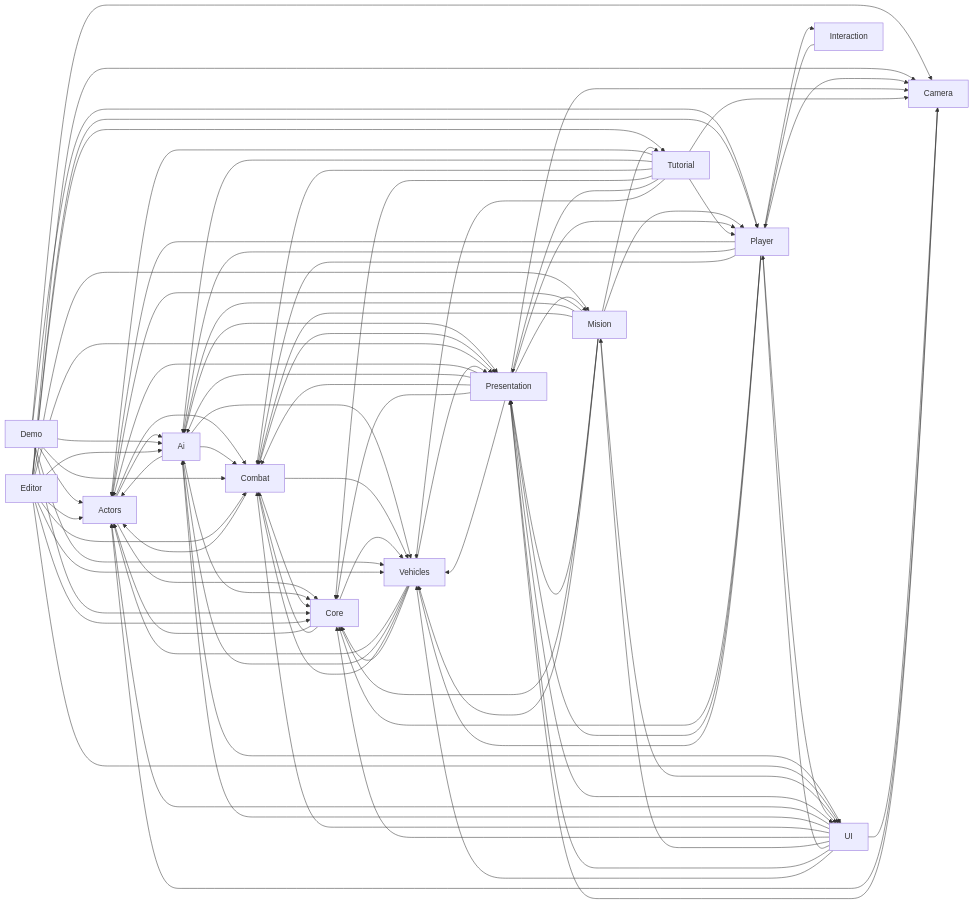
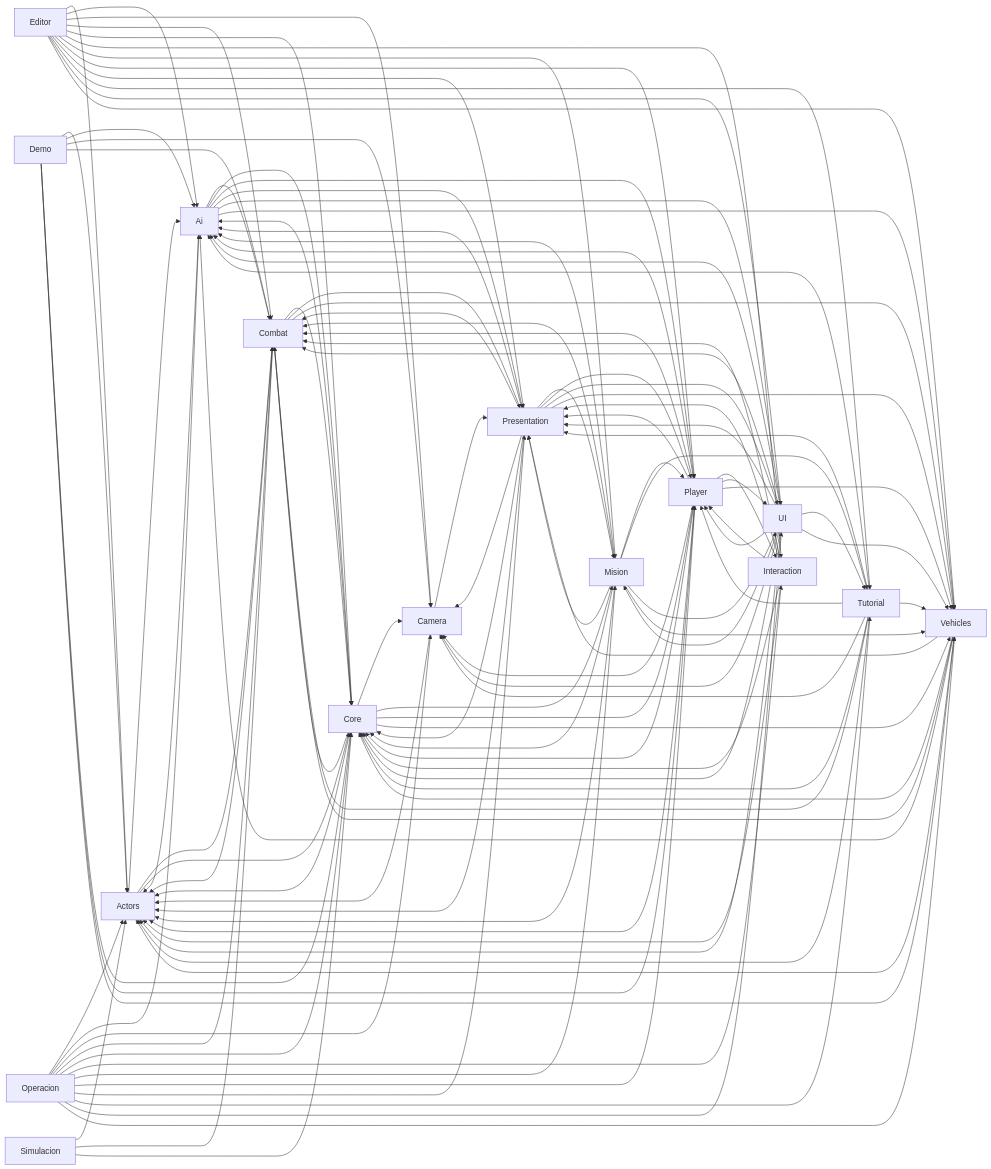
One commit to Joaquin-Inofuentes/StrategicPoint changed the diagram in Docs/INDICE_IA/03_dependencias.md. Above: the diagram before and after it, drawn with Mermaid. The commit also changed other lines of this file and 777 other files, not shown here.

```diff
--- a/Docs/INDICE_IA/03_dependencias.md
+++ b/Docs/INDICE_IA/03_dependencias.md
@@ -11,6 +11,7 @@
     Ai --> Actors
     Ai --> Combat
     Ai --> Core
+    Ai --> Player
     Ai --> Presentation
     Ai --> UI
     Ai --> Vehicles
@@ -21,7 +22,11 @@
     Combat --> Presentation
     Combat --> Vehicles
     Core --> Actors
+    Core --> Ai
+    Core --> Camera
     Core --> Combat
+    Core --> Mision
+    Core --> Player
     Core --> Vehicles
     Demo --> Actors
     Demo --> Ai
@@ -35,13 +40,18 @@
     Editor --> Camera
     Editor --> Combat
     Editor --> Core
+    Editor --> Interaction
     Editor --> Mision
     Editor --> Player
     Editor --> Presentation
     Editor --> Tutorial
     Editor --> UI
     Editor --> Vehicles
+    Interaction --> Actors
+    Interaction --> Combat
+    Interaction --> Core
     Interaction --> Player
+    Interaction --> Presentation
     Mision --> Actors
     Mision --> Ai
     Mision --> Combat
@@ -51,6 +61,18 @@
     Mision --> Tutorial
     Mision --> UI
     Mision --> Vehicles
+    Operacion --> Actors
+    Operacion --> Ai
+    Operacion --> Camera
+    Operacion --> Combat
+    Operacion --> Core
+    Operacion --> Interaction
+    Operacion --> Mision
+    Operacion --> Player
+    Operacion --> Presentation
+    Operacion --> Tutorial
+    Operacion --> UI
+    Operacion --> Vehicles
     Player --> Actors
     Player --> Ai
     Player --> Camera
@@ -69,6 +91,9 @@
     Presentation --> Player
     Presentation --> UI
     Presentation --> Vehicles
+    Simulacion --> Actors
+    Simulacion --> Combat
+    Simulacion --> Core
     Tutorial --> Actors
     Tutorial --> Ai
     Tutorial --> Camera
@@ -85,6 +110,7 @@
     UI --> Mision
     UI --> Player
     UI --> Presentation
+    UI --> Tutorial
     UI --> Vehicles
     Vehicles --> Actors
     Vehicles --> Ai
```
